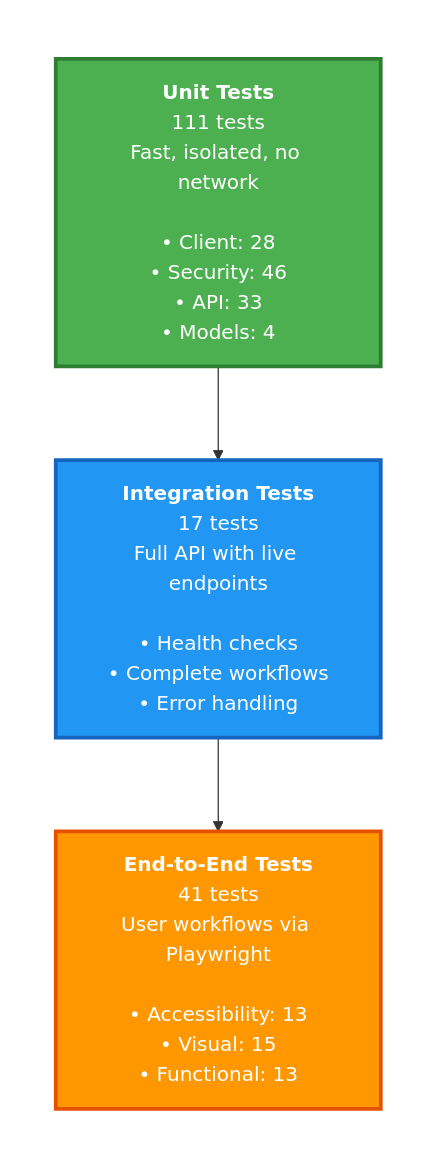
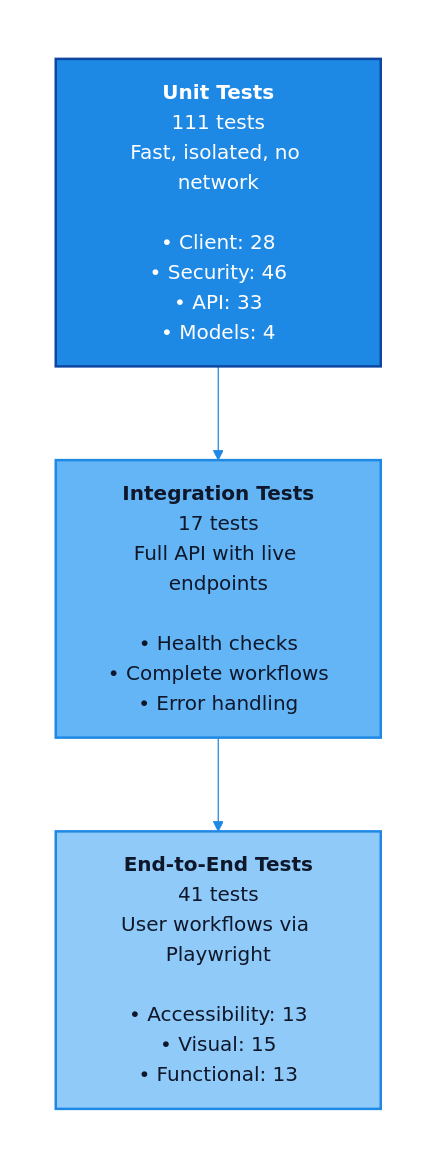
The diagram in docs/TESTING.md (jim-wyatt/msn-weather-wrapper), drawn with Mermaid before and after one commit. The commit also changed 21 other files, not shown here.

````diff
--- a/docs/TESTING.md
+++ b/docs/TESTING.md
@@ -7,19 +7,21 @@
 ```mermaid
+%%{init: {'theme': 'base', 'themeVariables': {'primaryColor': '#E3F2FD', 'primaryTextColor': '#0F172A', 'primaryBorderColor': '#1E88E5', 'lineColor': '#1E88E5', 'secondaryColor': '#BBDEFB', 'tertiaryColor': '#90CAF9', 'edgeLabelBackground': '#E3F2FD'}}}%%
 graph TB
     subgraph Pyramid[" "]
         direction TB
 
         U["<b>Unit Tests</b><br/>111 tests<br/>Fast, isolated, no network<br/><br/>• Client: 28<br/>• Security: 46<br/>• API: 33<br/>• Models: 4"]
 
         I["<b>Integration Tests</b><br/>17 tests<br/>Full API with live endpoints<br/><br/>• Health checks<br/>• Complete workflows<br/>• Error handling"]
 
         E["<b>End-to-End Tests</b><br/>41 tests<br/>User workflows via Playwright<br/><br/>• Accessibility: 13<br/>• Visual: 15<br/>• Functional: 13"]
 
         U --> I --> E
     end
 
-    style U fill:#4CAF50,color:#fff,stroke:#2E7D32,stroke-width:3px,padding:20px
-    style I fill:#2196F3,color:#fff,stroke:#1565C0,stroke-width:3px,padding:20px
-    style E fill:#FF9800,color:#fff,stroke:#E65100,stroke-width:3px,padding:20px
+    %% Muted blues to align with site palette
+    style U fill:#1E88E5,color:#fff,stroke:#0D47A1,stroke-width:2px,padding:20px
+    style I fill:#64B5F6,color:#0F172A,stroke:#1E88E5,stroke-width:2px,padding:20px
+    style E fill:#90CAF9,color:#0F172A,stroke:#1E88E5,stroke-width:2px,padding:20px
     style Pyramid fill:none,stroke:none
 ```
````
